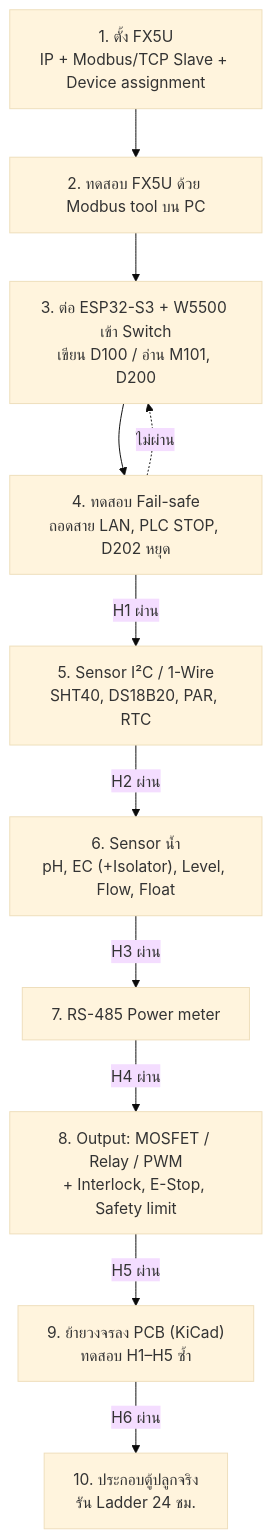
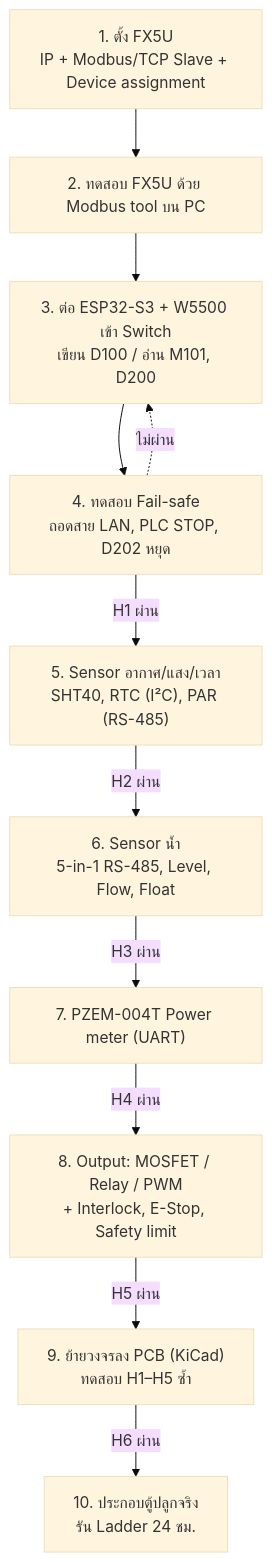
The fourth of 4 diagrams in docs/HARDWARE-FLOW.md (aplab-workshop/green-oak-plant-lab), drawn with Mermaid (base theme) before and after one commit. The commit also changed other lines of this file and 4 other files, not shown here.

First line of the commit message:
docs(hw): real sensors - 5-in-1 RS485 water quality, PAR on RS-485, PZEM-004T on UART

````diff
--- a/docs/HARDWARE-FLOW.md
+++ b/docs/HARDWARE-FLOW.md
@@ -95,14 +97,14 @@
 ```mermaid
 flowchart TB
     S1["1. ตั้ง FX5U<br/>IP + Modbus/TCP Slave + Device assignment"] --> S2["2. ทดสอบ FX5U ด้วย Modbus tool บน PC"]
     S2 --> S3["3. ต่อ ESP32-S3 + W5500 เข้า Switch<br/>เขียน D100 / อ่าน M101, D200"]
     S3 --> S4["4. ทดสอบ Fail-safe<br/>ถอดสาย LAN, PLC STOP, D202 หยุด"]
-    S4 -->|H1 ผ่าน| S5["5. Sensor I²C / 1-Wire<br/>SHT40, DS18B20, PAR, RTC"]
-    S5 -->|H2 ผ่าน| S6["6. Sensor น้ำ<br/>pH, EC (+Isolator), Level, Flow, Float"]
-    S6 -->|H3 ผ่าน| S7["7. RS-485 Power meter"]
+    S4 -->|H1 ผ่าน| S5["5. Sensor อากาศ/แสง/เวลา<br/>SHT40, RTC (I²C), PAR (RS-485)"]
+    S5 -->|H2 ผ่าน| S6["6. Sensor น้ำ<br/>5-in-1 RS-485, Level, Flow, Float"]
+    S6 -->|H3 ผ่าน| S7["7. PZEM-004T Power meter (UART)"]
     S7 -->|H4 ผ่าน| S8["8. Output: MOSFET / Relay / PWM<br/>+ Interlock, E-Stop, Safety limit"]
     S8 -->|H5 ผ่าน| S9["9. ย้ายวงจรลง PCB (KiCad)<br/>ทดสอบ H1–H5 ซ้ำ"]
     S9 -->|H6 ผ่าน| S10["10. ประกอบตู้ปลูกจริง<br/>รัน Ladder 24 ชม."]
 
     S4 -. "ไม่ผ่าน" .-> S3
 ```
````
